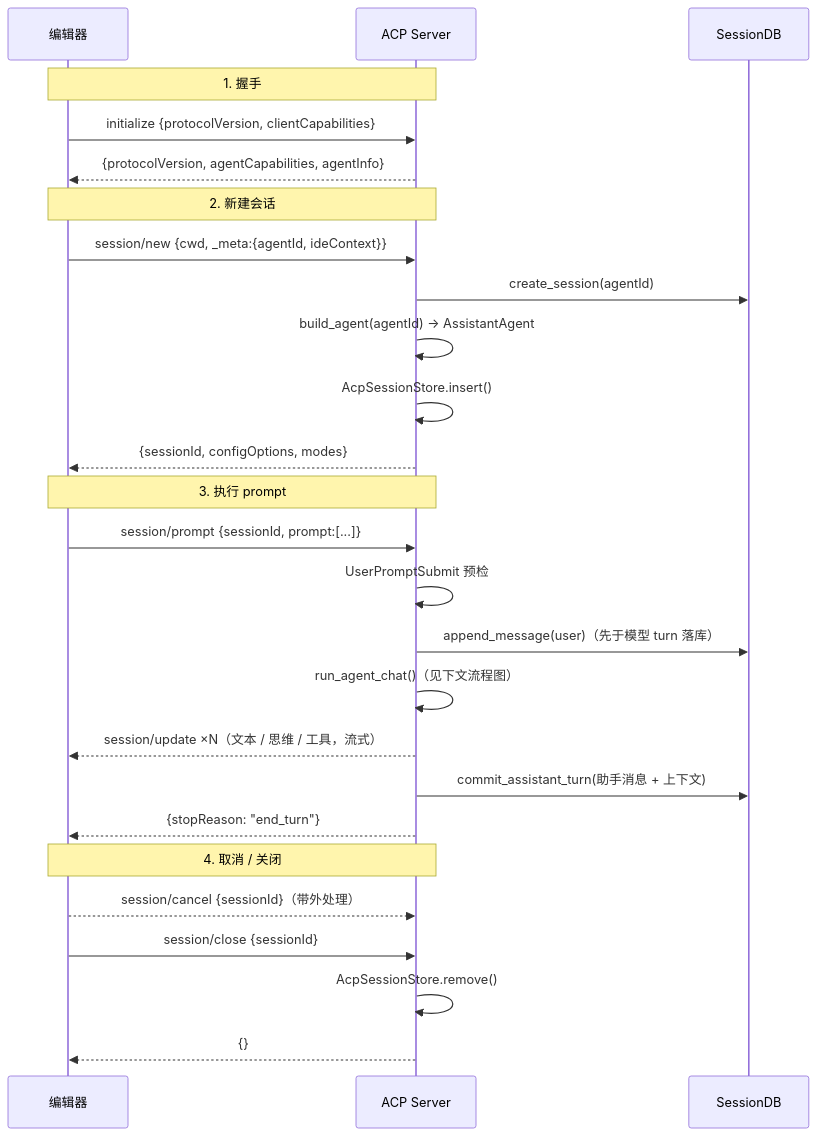
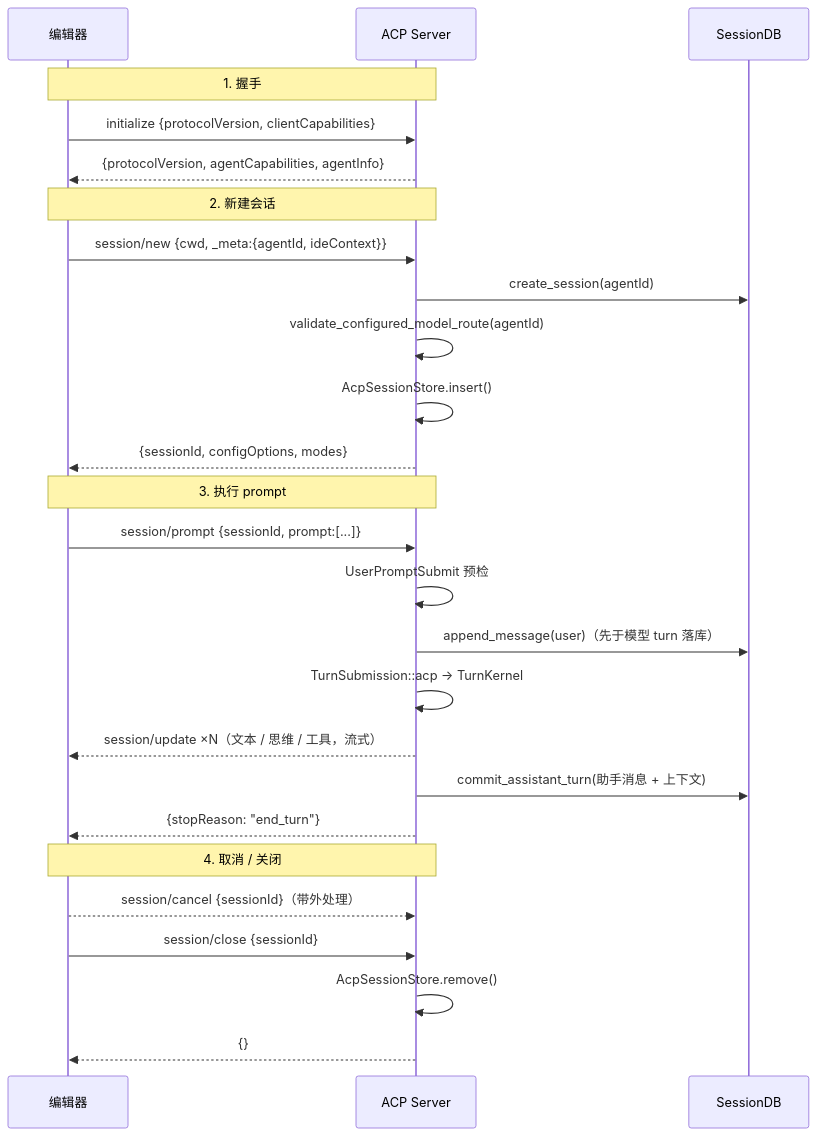
The fifth of 10 diagrams in docs/architecture/integration/acp.md (shiwenwen/hope-agent), drawn with Mermaid before and after one commit. The commit also changed other lines of this file and 230 other files, not shown here.

Commit message:
🦭 refactor: converge agent kernel and execution runtimes

````diff
--- a/docs/architecture/integration/acp.md
+++ b/docs/architecture/integration/acp.md
@@ -225,32 +230,32 @@
 ```mermaid
 sequenceDiagram
     participant IDE as 编辑器
     participant ACP as ACP Server
     participant DB as SessionDB
 
     Note over IDE,ACP: 1. 握手
     IDE->>ACP: initialize {protocolVersion, clientCapabilities}
     ACP-->>IDE: {protocolVersion, agentCapabilities, agentInfo}
 
     Note over IDE,ACP: 2. 新建会话
     IDE->>ACP: session/new {cwd, _meta:{agentId, ideContext}}
     ACP->>DB: create_session(agentId)
-    ACP->>ACP: build_agent(agentId) → AssistantAgent
+    ACP->>ACP: validate_configured_model_route(agentId)
     ACP->>ACP: AcpSessionStore.insert()
     ACP-->>IDE: {sessionId, configOptions, modes}
 
     Note over IDE,ACP: 3. 执行 prompt
     IDE->>ACP: session/prompt {sessionId, prompt:[...]}
     ACP->>ACP: UserPromptSubmit 预检
     ACP->>DB: append_message(user)（先于模型 turn 落库）
-    ACP->>ACP: run_agent_chat()（见下文流程图）
+    ACP->>ACP: TurnSubmission::acp → TurnKernel
     ACP-->>IDE: session/update ×N（文本 / 思维 / 工具，流式）
     ACP->>DB: commit_assistant_turn(助手消息 + 上下文)
     ACP-->>IDE: {stopReason: "end_turn"}
 
     Note over IDE,ACP: 4. 取消 / 关闭
     IDE-->>ACP: session/cancel {sessionId}（带外处理）
     IDE->>ACP: session/close {sessionId}
     ACP->>ACP: AcpSessionStore.remove()
     ACP-->>IDE: {}
 ```
````
